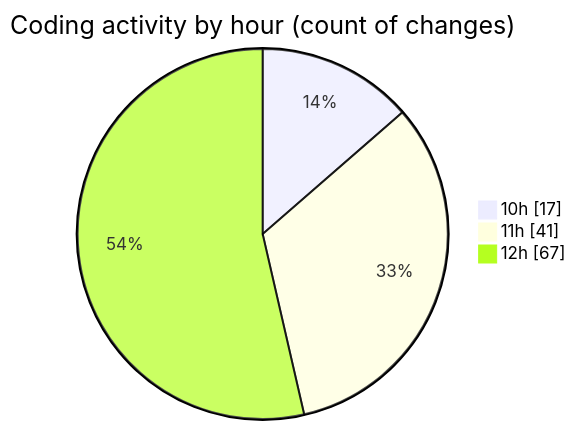
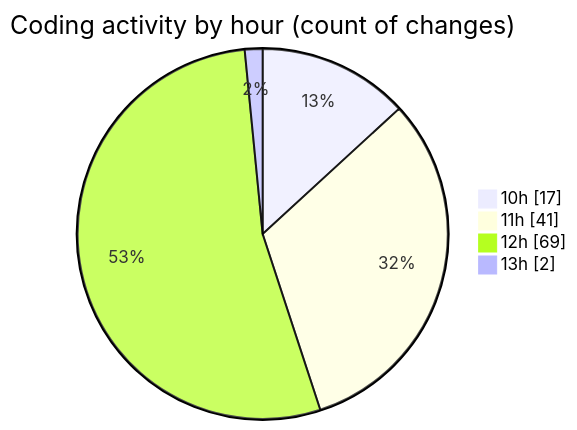
Before and after one commit to momahboobian/code-tracking: the second of 2 diagrams in 2025-10-06/cda/README.md, drawn with Mermaid. The commit also changed other lines of this file and 1 other file, not shown here.

````diff
--- a/2025-10-06/cda/README.md
+++ b/2025-10-06/cda/README.md
@@ -33,7 +33,8 @@
 ```mermaid
 pie showData
 title Coding activity by hour (count of changes)
 "10h" : 17
 "11h" : 41
-"12h" : 67
+"12h" : 69
+"13h" : 2
 ```
````
